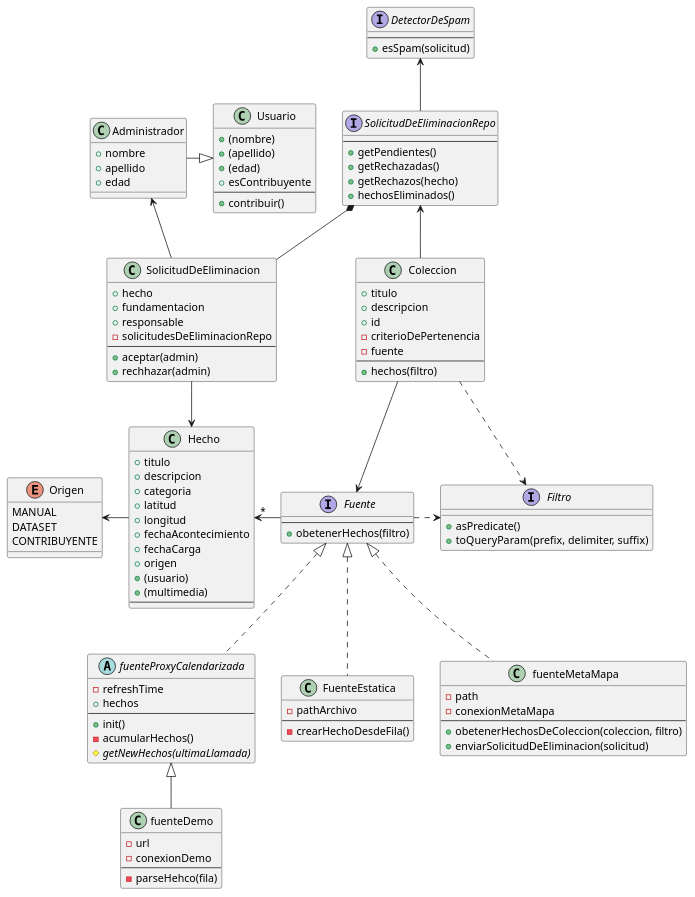
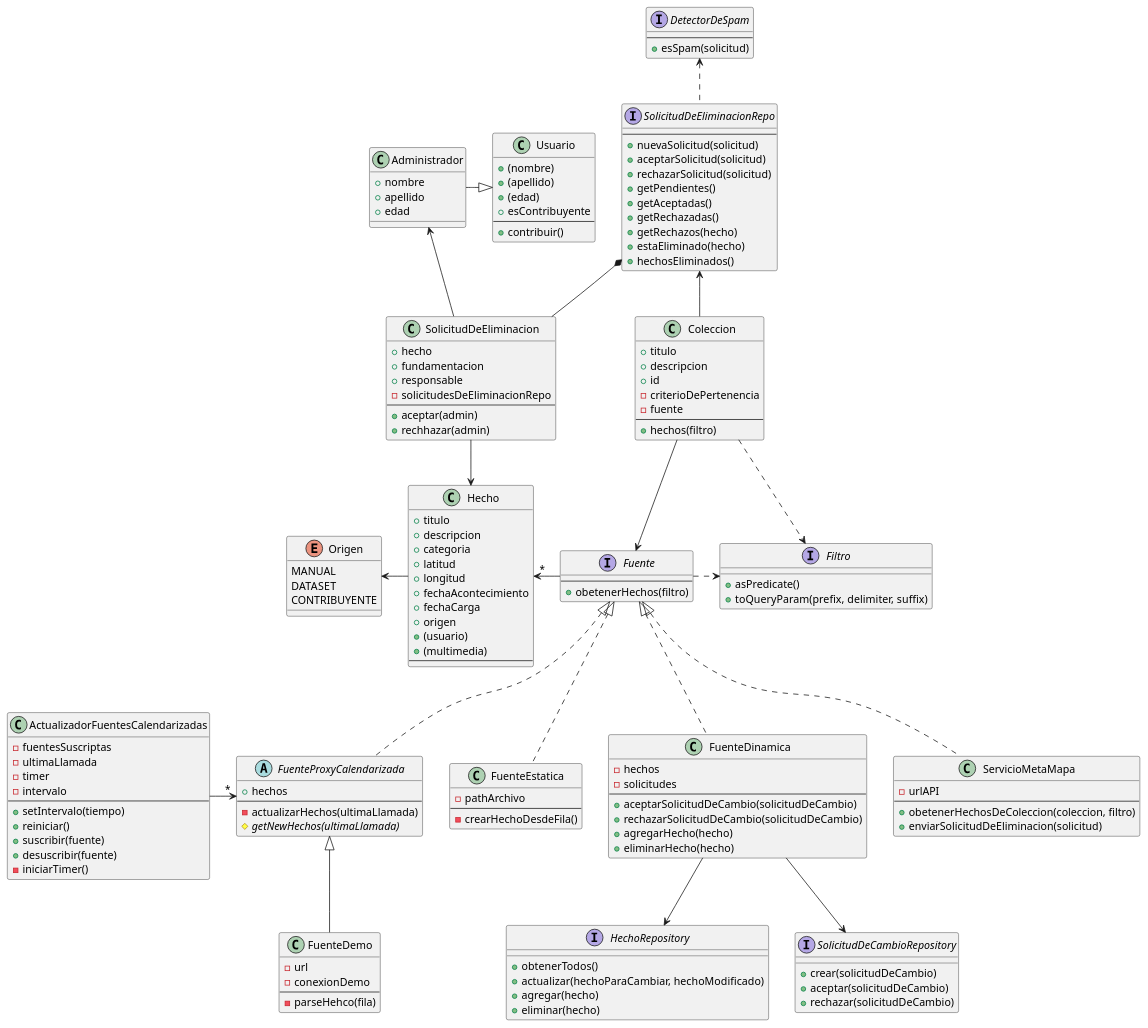
One commit to lrizzitano/Metamapa changed the diagram in diagramas/diagrama-clases.puml. Above: the diagram before and after it, drawn with PlantUML.

Commit message:
actualizo diagrama de clases

```diff
--- a/diagramas/diagrama-clases.puml
+++ b/diagramas/diagrama-clases.puml
@@ -1,138 +1,181 @@
 @startuml MetaMapa
 
 class Usuario {
     +(nombre)
     +(apellido)
     +(edad)
     +esContribuyente
     --
     +contribuir()
 }
 
 class Administrador {
     +nombre
     +apellido
     +edad
 }
 
 class SolicitudDeEliminacion {
     +hecho
     +fundamentacion
     +responsable
     -solicitudesDeEliminacionRepo
     --
     +aceptar(admin)
     +rechhazar(admin)
 }
 
 interface SolicitudDeEliminacionRepo {
     --
+    +nuevaSolicitud(solicitud)
+    +aceptarSolicitud(solicitud)
+    +rechazarSolicitud(solicitud)
     +getPendientes()
+    +getAceptadas()
     +getRechazadas()
     +getRechazos(hecho)
+    +estaEliminado(hecho)
     +hechosEliminados()
 }
 
 interface DetectorDeSpam {
     --
     +esSpam(solicitud)
 }
 
 
 class Coleccion {
     +titulo
     +descripcion
     +id
     -criterioDePertenencia
     -fuente
     --
     +hechos(filtro)
 }
 
 interface Fuente {
     --
     +obetenerHechos(filtro)
 }
 
 class Hecho {
     +titulo
     +descripcion
     +categoria
     +latitud
     +longitud
     +fechaAcontecimiento
     +fechaCarga
     +origen
     +(usuario)
     +(multimedia)
     --
 }
 
 enum Origen {
     MANUAL
     DATASET
     CONTRIBUYENTE
 }
 
+interface Filtro {
+    +asPredicate()
+    +toQueryParam(prefix, delimiter, suffix)
+}
+
 class FuenteEstatica {
     -pathArchivo
     --
     -crearHechoDesdeFila()
 }
 
-interface Filtro {
-    +asPredicate()
-    +toQueryParam(prefix, delimiter, suffix)
+class FuenteDinamica {
+    -hechos
+    -solicitudes
+    --
+    +aceptarSolicitudDeCambio(solicitudDeCambio)
+    +rechazarSolicitudDeCambio(solicitudDeCambio)
+    +agregarHecho(hecho)
+    +eliminarHecho(hecho)
 }
 
-abstract class fuenteProxyCalendarizada {
-    -refreshTime
+interface  HechoRepository {
+    +obtenerTodos()
+    +actualizar(hechoParaCambiar, hechoModificado)
+    +agregar(hecho)
+    +eliminar(hecho)
+}
+
+interface SolicitudDeCambioRepository {
+    +crear(solicitudDeCambio)
+    +aceptar(solicitudDeCambio)
+    +rechazar(solicitudDeCambio)
+}
+
+abstract class FuenteProxyCalendarizada {
     +hechos
     --
-    +init()
-    -acumularHechos()
+    -actualizarHechos(ultimaLlamada)
     #getNewHechos(ultimaLlamada) {abstract}
 }
 
-class fuenteDemo {
+class FuenteDemo {
     -url
     -conexionDemo
     --
     -parseHehco(fila)
 }
 
-class fuenteMetaMapa {
-    -path
-    -conexionMetaMapa
+class ServicioMetaMapa {
+    -urlAPI
     --
     +obetenerHechosDeColeccion(coleccion, filtro)
     +enviarSolicitudDeEliminacion(solicitud)
+}
+
+class ActualizadorFuentesCalendarizadas {
+    -fuentesSuscriptas
+    -ultimaLlamada
+    -timer
+    -intervalo
+    --
+    +setIntervalo(tiempo)
+    +reiniciar()
+    +suscribir(fuente)
+    +desuscribir(fuente)
+    -iniciarTimer()
 }
 
 
 Administrador -r-|> Usuario
 
 
 Coleccion --> Fuente
 Coleccion .r.> Filtro
 
 Fuente -l-> "*" Hecho
 Fuente .r.>Filtro
 
 FuenteEstatica .u.|> Fuente
-fuenteProxyCalendarizada .u.|> Fuente
-fuenteMetaMapa .u.|> Fuente
-fuenteDemo -u-|> fuenteProxyCalendarizada
+FuenteProxyCalendarizada .u.|> Fuente
+ServicioMetaMapa .u.|> Fuente
+FuenteDemo -u-|> FuenteProxyCalendarizada
+FuenteDinamica .u.|> Fuente
+FuenteDinamica --> HechoRepository
+FuenteDinamica --> SolicitudDeCambioRepository
 
 
 Hecho -l-> Origen
 
 SolicitudDeEliminacion --> Hecho
 SolicitudDeEliminacion -u-> Administrador
 
 SolicitudDeEliminacionRepo *-- SolicitudDeEliminacion
-DetectorDeSpam <-- SolicitudDeEliminacionRepo
+DetectorDeSpam <.. SolicitudDeEliminacionRepo
 SolicitudDeEliminacionRepo <-- Coleccion
+
+ActualizadorFuentesCalendarizadas -r->"*" FuenteProxyCalendarizada
 
 
 @enduml
```
